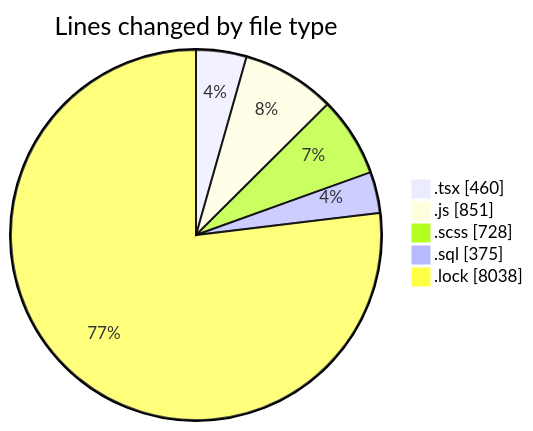
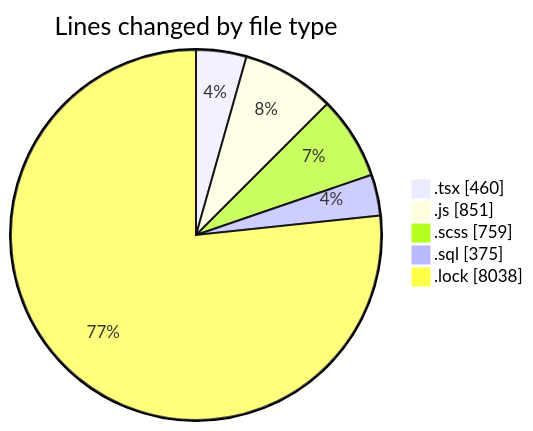
Before and after one commit to momahboobian/code-tracking: the first of 2 diagrams in 2025-03-18/cda/README.md, drawn with Mermaid. The commit also changed other lines of this file and 1 other file, not shown here.

````diff
--- a/2025-03-18/cda/README.md
+++ b/2025-03-18/cda/README.md
@@ -30,9 +30,9 @@
 ```mermaid
 pie showData
 title Lines changed by file type
 ".tsx" : 460
 ".js" : 851
-".scss" : 728
+".scss" : 759
 ".sql" : 375
 ".lock" : 8038
 ```
````
